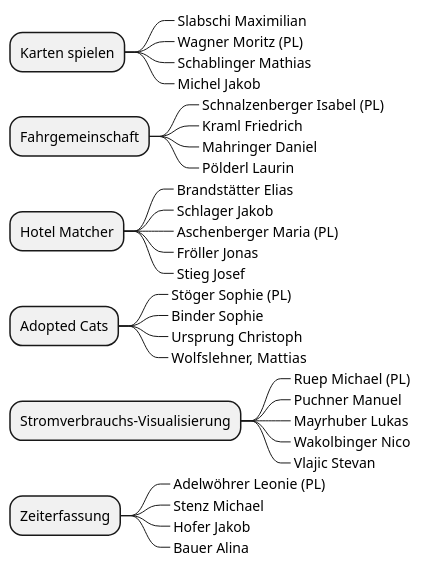
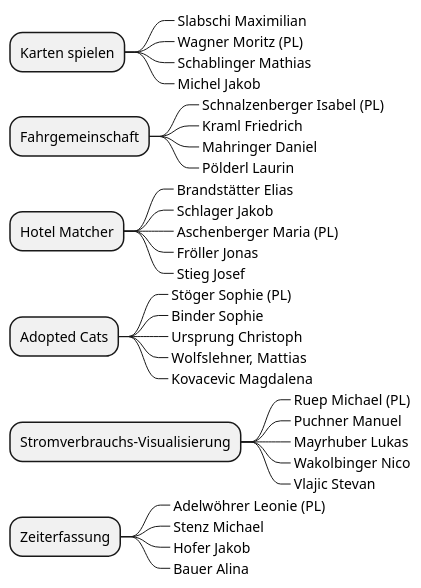
The diagram in asciidocs/plantuml/projektzuteilung.puml (2223-3ahitm-itp/2223-3ahitm-itp-lecture-notes), drawn with PlantUML before and after one commit. The commit also changed 1 other file, not shown here.

```diff
--- a/asciidocs/plantuml/projektzuteilung.puml
+++ b/asciidocs/plantuml/projektzuteilung.puml
@@ -1,34 +1,35 @@
 @startmindmap
 * Karten spielen
 **_ Slabschi Maximilian
 **_ Wagner Moritz (PL)
 **_ Schablinger Mathias
 **_ Michel Jakob
 * Fahrgemeinschaft
 **_ Schnalzenberger Isabel (PL)
 **_ Kraml Friedrich
 **_ Mahringer Daniel
 **_ Pölderl Laurin
 * Hotel Matcher
 **_ Brandstätter Elias
 **_ Schlager Jakob
 **_ Aschenberger Maria (PL)
 **_ Fröller Jonas
 **_ Stieg Josef
 * Adopted Cats
 **_ Stöger Sophie (PL)
 **_ Binder Sophie
 **_ Ursprung Christoph
 **_ Wolfslehner, Mattias
+**_ Kovacevic Magdalena
 * Stromverbrauchs-Visualisierung
 **_ Ruep Michael (PL)
 **_ Puchner Manuel
 **_ Mayrhuber Lukas
 **_ Wakolbinger Nico
 **_ Vlajic Stevan
 * Zeiterfassung
 **_ Adelwöhrer Leonie (PL)
 **_ Stenz Michael
 **_ Hofer Jakob
 **_ Bauer Alina
 @endmindmap
```
